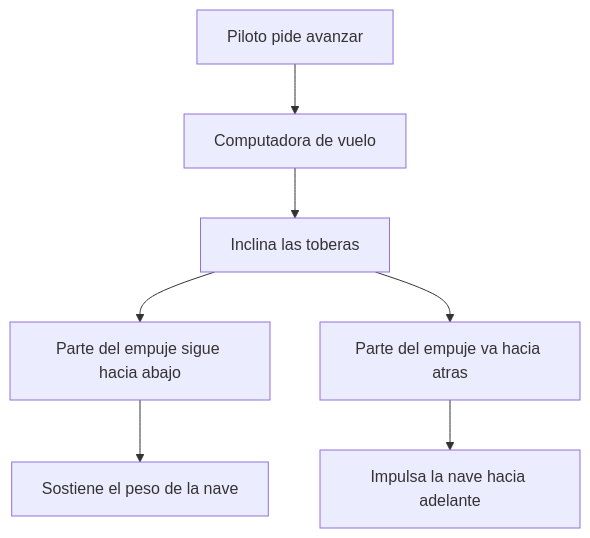
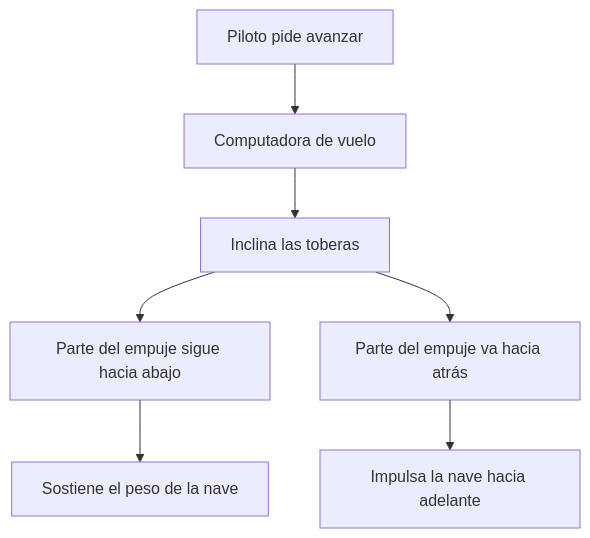
The third of 3 diagrams in vehiculos-fantasticos/thunderbird-1/operacion/sistemas-mecanicos-thunderbird-1.md (vladimiracunadev-create/machine-operator-program), drawn with Mermaid before and after one commit. The commit also changed other lines of this file and 442 other files, not shown here.

````diff
--- a/vehiculos-fantasticos/thunderbird-1/operacion/sistemas-mecanicos-thunderbird-1.md
+++ b/vehiculos-fantasticos/thunderbird-1/operacion/sistemas-mecanicos-thunderbird-1.md
@@ -78,9 +78,9 @@
 ```mermaid
 flowchart TD
     Piloto[Piloto pide avanzar] --> Comp[Computadora de vuelo]
     Comp --> Tobera[Inclina las toberas]
     Tobera --> Abajo[Parte del empuje sigue hacia abajo]
-    Tobera --> Atras[Parte del empuje va hacia atras]
+    Tobera --> Atras[Parte del empuje va hacia atrás]
     Abajo --> Sostiene[Sostiene el peso de la nave]
     Atras --> Avanza[Impulsa la nave hacia adelante]
 ```
````
